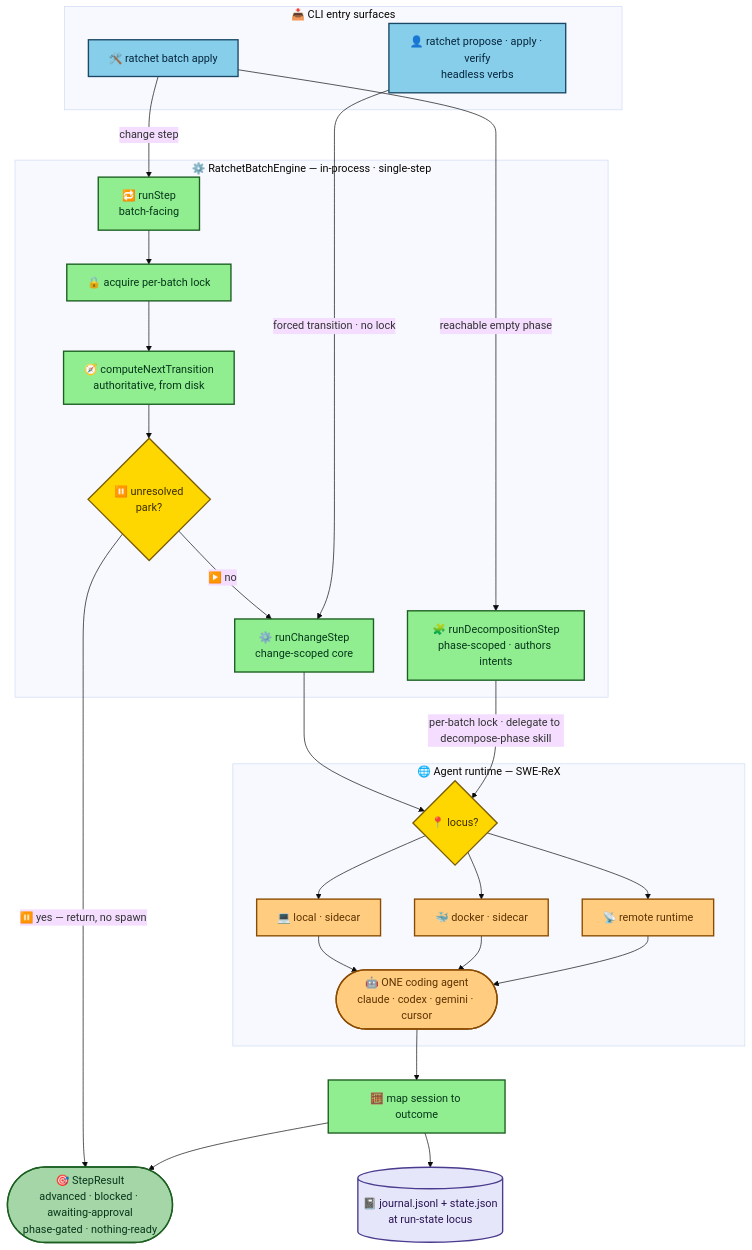
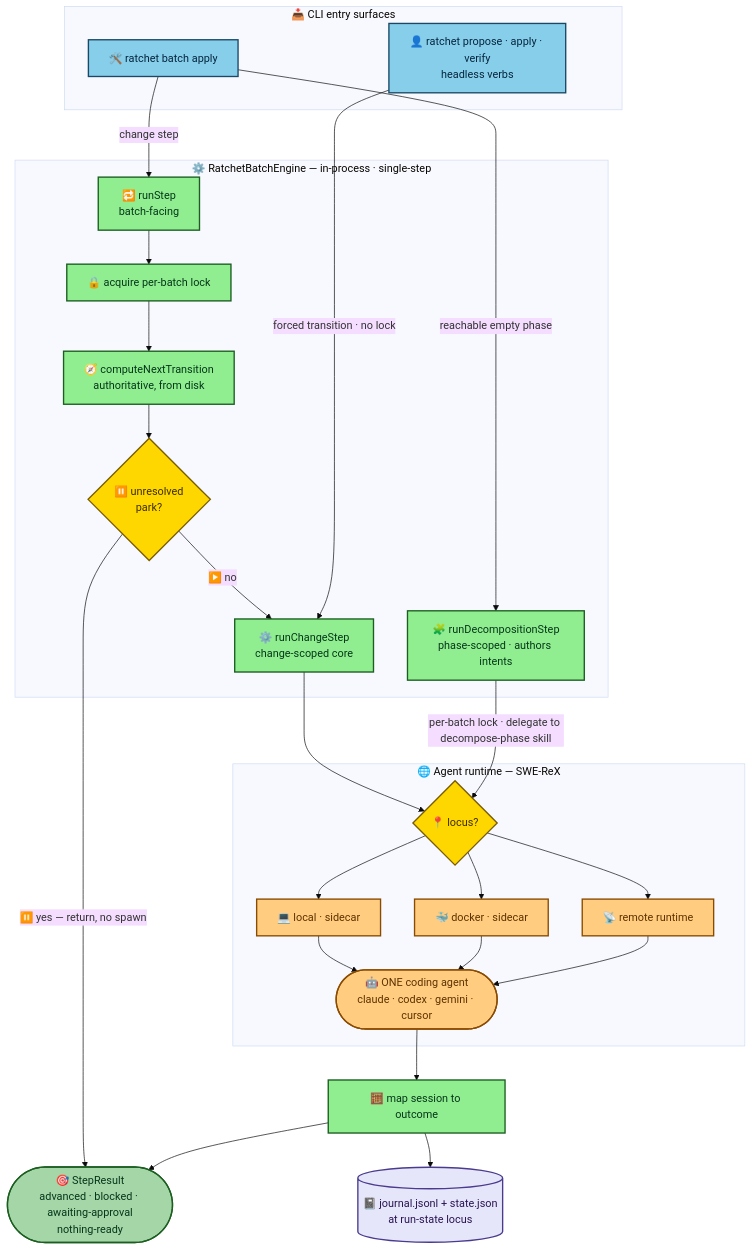
Before and after one commit to joctaTorres/ratchet: the first of 4 diagrams in docs/engine/overview.md, drawn with Mermaid (base theme). The commit also changed other lines of this file and 83 other files, not shown here.

````diff
--- a/docs/engine/overview.md
+++ b/docs/engine/overview.md
@@ -25,63 +25,63 @@
 ```mermaid
 flowchart TB
     subgraph CLI["📥 CLI entry surfaces"]
         BA["🛠️ ratchet batch apply"]
         HV["👤 ratchet propose · apply · verify<br/>headless verbs"]
     end
 
     subgraph ENGINE["⚙️ RatchetBatchEngine — in-process · single-step"]
         RS["🔁 runStep<br/>batch-facing"]
         LOCK["🔒 acquire per-batch lock"]
         CNT["🧭 computeNextTransition<br/>authoritative, from disk"]
         PARK{"⏸️ unresolved<br/>park?"}
         RCS["⚙️ runChangeStep<br/>change-scoped core"]
         RDS["🧩 runDecompositionStep<br/>phase-scoped · authors intents"]
     end
 
     subgraph RUNTIME["🌐 Agent runtime — SWE-ReX"]
         RT{"📍 locus?"}
         LOC["💻 local · sidecar"]
         DOC["🐳 docker · sidecar"]
         REM["📡 remote runtime"]
         AGENT(["🤖 ONE coding agent<br/>claude · codex · gemini · cursor"])
     end
 
     OUT["🧮 map session to outcome"]
     JOURNAL[("📓 journal.jsonl + state.json<br/>at run-state locus")]
-    RES(["🎯 StepResult<br/>advanced · blocked · awaiting-approval<br/>phase-gated · nothing-ready"])
+    RES(["🎯 StepResult<br/>advanced · blocked · awaiting-approval<br/>nothing-ready"])
 
     BA -->|"change step"| RS
     BA -->|"reachable empty phase"| RDS
     RS --> LOCK
     LOCK --> CNT
     CNT --> PARK
     PARK -->|"⏸️ yes — return, no spawn"| RES
     PARK -->|"▶️ no"| RCS
     HV -->|"forced transition · no lock"| RCS
 
     RCS --> RT
     RDS -->|"per-batch lock · delegate to decompose-phase skill"| RT
     RT --> LOC
     RT --> DOC
     RT --> REM
     LOC --> AGENT
     DOC --> AGENT
     REM --> AGENT
     AGENT --> OUT
     OUT --> JOURNAL
     OUT --> RES
 
     classDef entry fill:#87CEEB,stroke:#1b4965,stroke-width:2px,color:#06263d;
     classDef core fill:#90EE90,stroke:#1b5e20,stroke-width:2px,color:#06371a;
     classDef decision fill:#FFD700,stroke:#7a5c00,stroke-width:2px,color:#3d2e00;
     classDef runtime fill:#FFCC80,stroke:#8a4b00,stroke-width:2px,color:#5d3300;
     classDef store fill:#E6E6FA,stroke:#4b3b8f,stroke-width:2px,color:#2a1452;
     classDef result fill:#A5D6A7,stroke:#1b5e20,stroke-width:2px,color:#06371a;
 
     class BA,HV entry;
     class RS,LOCK,CNT,RCS,RDS,OUT core;
     class PARK,RT decision;
     class LOC,DOC,REM,AGENT runtime;
     class JOURNAL store;
     class RES result;
 ```
````
